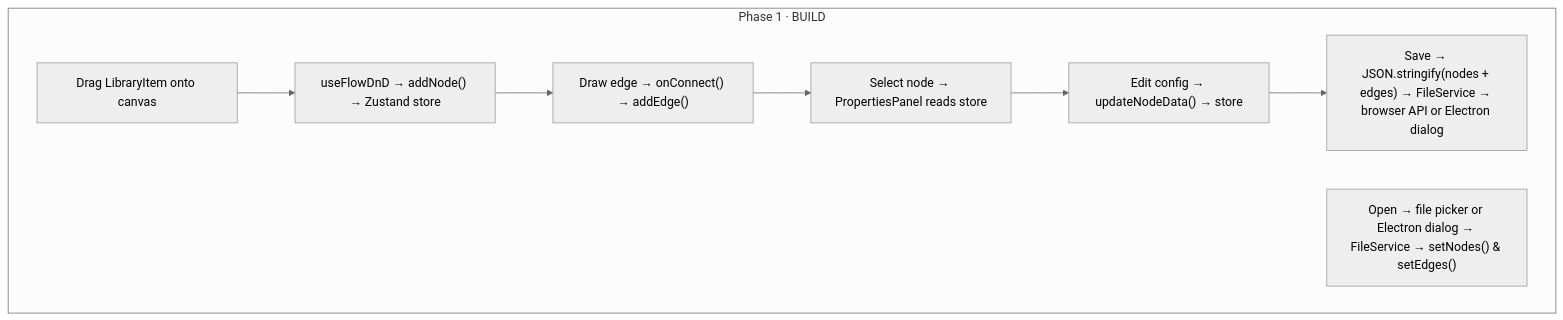
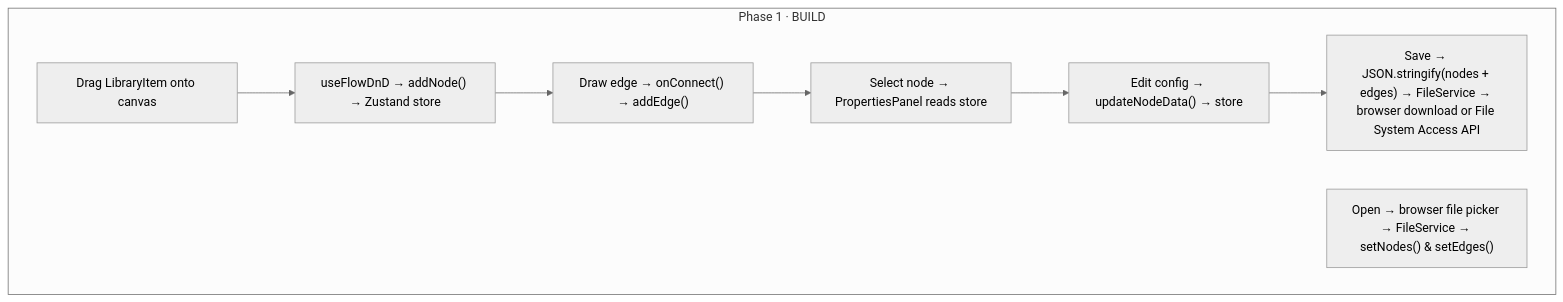
One commit to Newton-School/systems-simulator changed the first of 4 diagrams in README.md. Above: the diagram before and after it, drawn with Mermaid (neutral theme). The commit also changed other lines of this file and 30 other files, not shown here.

````diff
--- a/README.md
+++ b/README.md
@@ -70,14 +70,14 @@
 ```mermaid
 flowchart TD
     subgraph BUILD["Phase 1 · BUILD"]
         B1["Drag LibraryItem onto canvas"]
         B2["useFlowDnD → addNode() → Zustand store"]
         B3["Draw edge → onConnect() → addEdge()"]
         B4["Select node → PropertiesPanel reads store"]
         B5["Edit config → updateNodeData() → store"]
-        B6["Save → JSON.stringify(nodes + edges) → FileService → browser API or Electron dialog"]
-        B7["Open → file picker or Electron dialog → FileService → setNodes() & setEdges()"]
+        B6["Save → JSON.stringify(nodes + edges) → FileService → browser download or File System Access API"]
+        B7["Open → browser file picker → FileService → setNodes() & setEdges()"]
         B1 --> B2 --> B3 --> B4 --> B5
         B5 --> B6
     end
 ```
````
